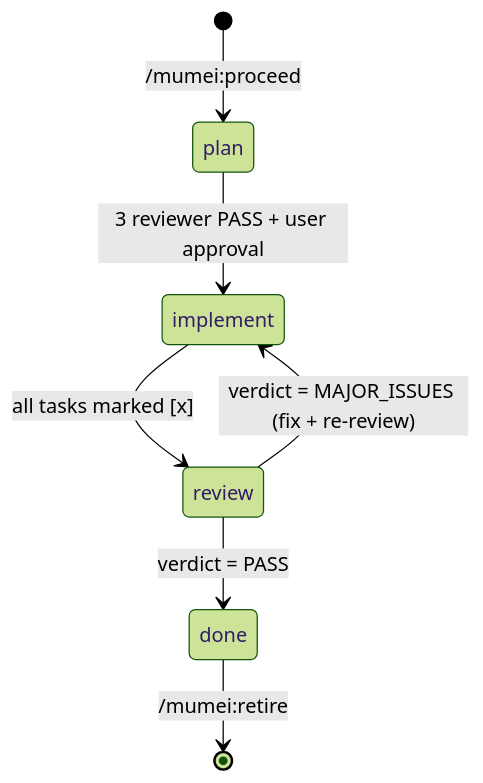
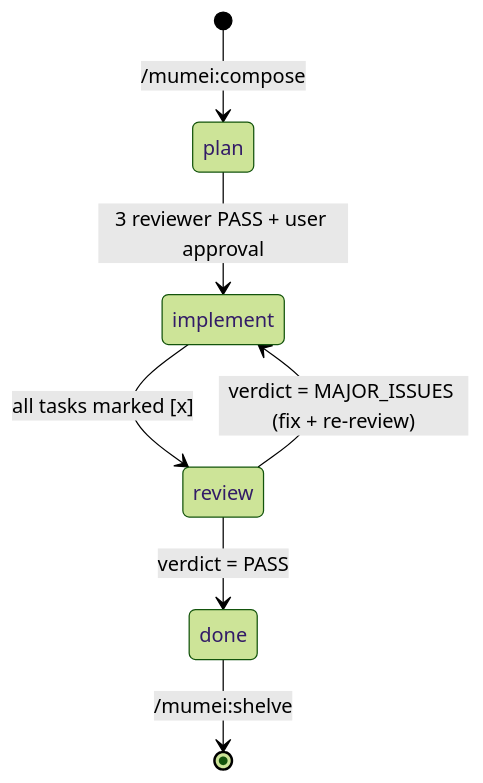
One commit to iroha924/mumei changed the first of 2 diagrams in ARCHITECTURE.md. Above: the diagram before and after it, drawn with Mermaid (forest theme). The commit also changed other lines of this file and 77 other files, not shown here.

````diff
--- a/ARCHITECTURE.md
+++ b/ARCHITECTURE.md
@@ -105,9 +105,9 @@
 ```mermaid
 stateDiagram-v2
-  [*] --> plan: /mumei:proceed <feature>
+  [*] --> plan: /mumei:compose <feature>
   plan --> implement: 3 reviewer PASS + user approval
   implement --> review: all tasks marked [x]
   review --> done: verdict = PASS
   review --> implement: verdict = MAJOR_ISSUES (fix + re-review)
-  done --> [*]: /mumei:retire
+  done --> [*]: /mumei:shelve
 ```
````
